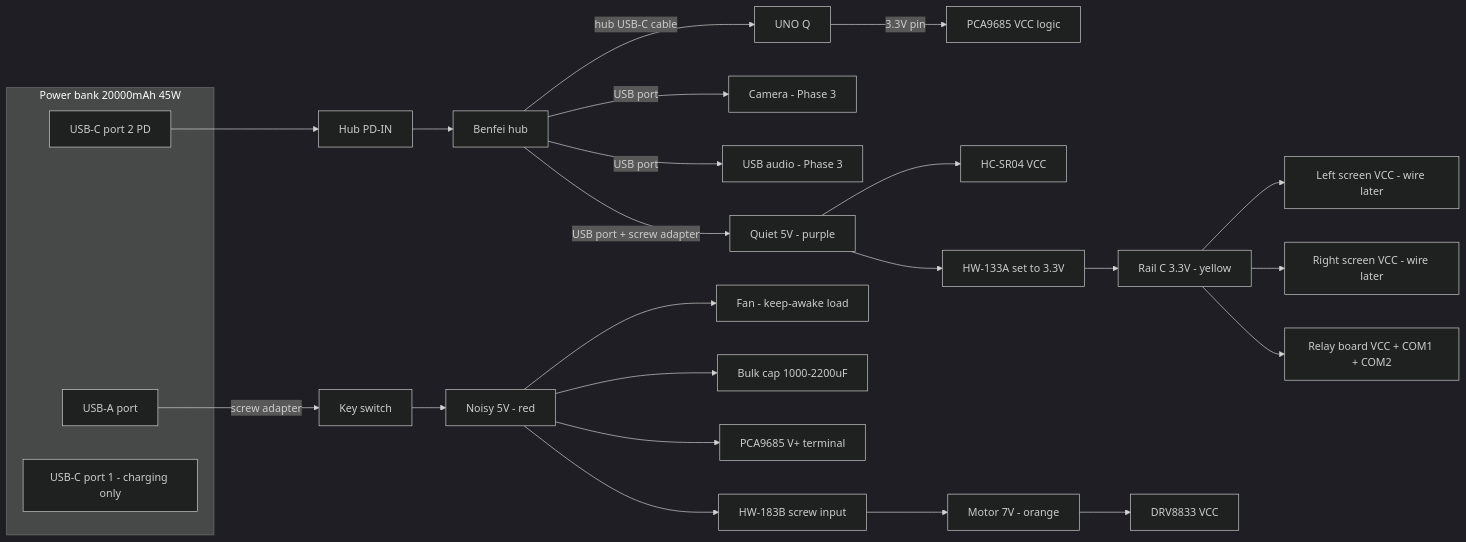
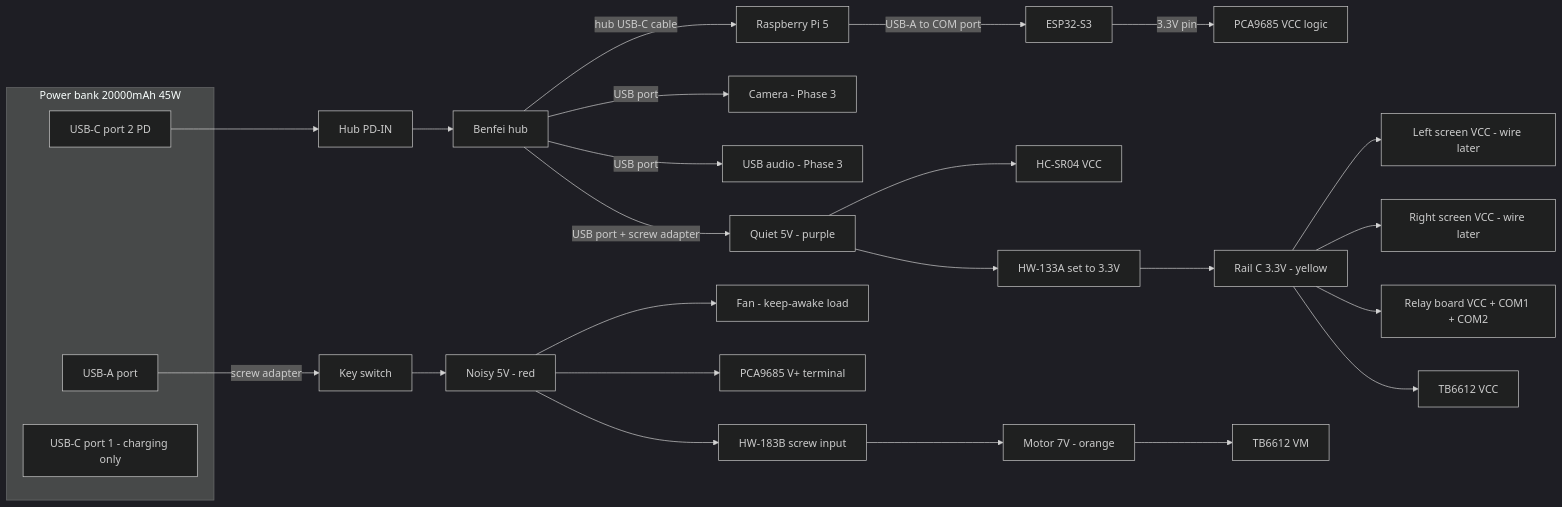
The first of 4 diagrams in wiring.md (ms95ir-ctrl/Abadi_Rover), drawn with Mermaid (dark theme) before and after one commit. The commit also changed other lines of this file and 8 other files, not shown here.

````diff
--- a/wiring.md
+++ b/wiring.md
@@ -25,33 +25,34 @@
 ```mermaid
 flowchart LR
     subgraph bank [Power bank 20000mAh 45W]
         C2["USB-C port 2 PD"]
         UA["USB-A port"]
         C1["USB-C port 1 - charging only"]
     end
 
     C2 --> HubIn["Hub PD-IN"]
     HubIn --> Hub["Benfei hub"]
-    Hub -->|"hub USB-C cable"| UnoQ["UNO Q"]
+    Hub -->|"hub USB-C cable"| Pi["Raspberry Pi 5"]
+    Pi -->|"USB-A to COM port"| ESP["ESP32-S3"]
     Hub -->|"USB port"| Cam["Camera - Phase 3"]
     Hub -->|"USB port"| Audio["USB audio - Phase 3"]
     Hub -->|"USB port + screw adapter"| Quiet["Quiet 5V - purple"]
 
     Quiet --> Sonar["HC-SR04 VCC"]
     Quiet --> Buck["HW-133A set to 3.3V"]
     Buck --> RailC["Rail C 3.3V - yellow"]
     RailC --> ScrL["Left screen VCC - wire later"]
     RailC --> ScrR["Right screen VCC - wire later"]
     RailC --> Relay["Relay board VCC + COM1 + COM2"]
+    RailC --> TBVcc["TB6612 VCC"]
 
     UA -->|"screw adapter"| Key["Key switch"]
     Key --> Noisy["Noisy 5V - red"]
     Noisy --> Fan["Fan - keep-awake load"]
-    Noisy --> Cap["Bulk cap 1000-2200uF"]
     Noisy --> PCAVplus["PCA9685 V+ terminal"]
     Noisy --> Boost["HW-183B screw input"]
     Boost --> Motor7["Motor 7V - orange"]
-    Motor7 --> DRV["DRV8833 VCC"]
+    Motor7 --> TBVM["TB6612 VM"]
 
-    UnoQ -->|"3.3V pin"| PCAVcc["PCA9685 VCC logic"]
+    ESP -->|"3.3V pin"| PCAVcc["PCA9685 VCC logic"]
 ```
````
